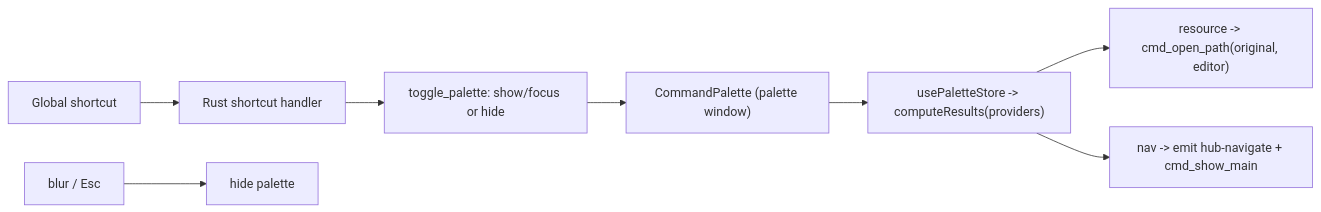
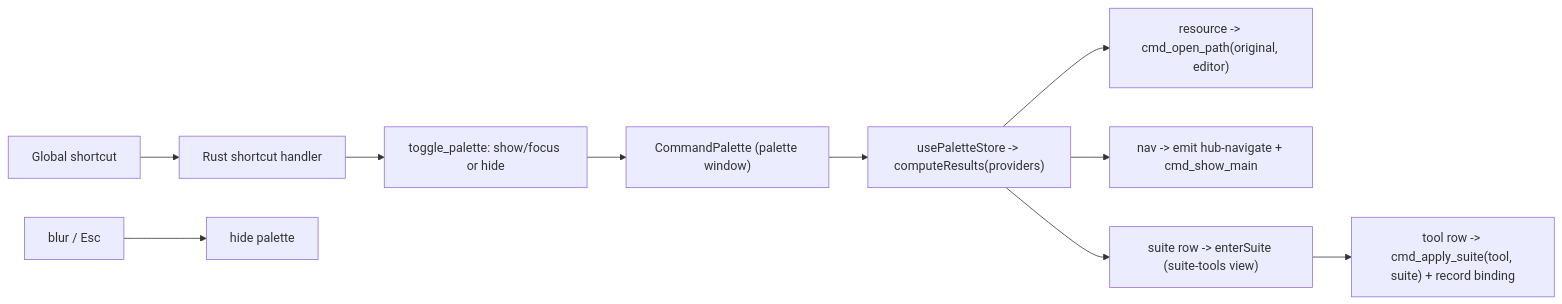
Before and after one commit to elaboration-studio/agentic-hub: the diagram in docs/features/command-palette.md, drawn with Mermaid. The commit also changed other lines of this file and 18 other files, not shown here.

First line of the commit message:
feat: palette suite apply + suite↔tool binding

````diff
--- a/docs/features/command-palette.md
+++ b/docs/features/command-palette.md
@@ -49,10 +54,12 @@
 ```mermaid
 flowchart LR
   shortcut["Global shortcut"] --> handler["Rust shortcut handler"]
   handler --> toggle["toggle_palette: show/focus or hide"]
   toggle --> ui["CommandPalette (palette window)"]
   ui --> store["usePaletteStore -> computeResults(providers)"]
   store --> resource["resource -> cmd_open_path(original, editor)"]
   store --> nav["nav -> emit hub-navigate + cmd_show_main"]
+  store --> suite["suite row -> enterSuite (suite-tools view)"]
+  suite --> applyRow["tool row -> cmd_apply_suite(tool, suite) + record binding"]
   blur["blur / Esc"] --> hide["hide palette"]
 ```
````
